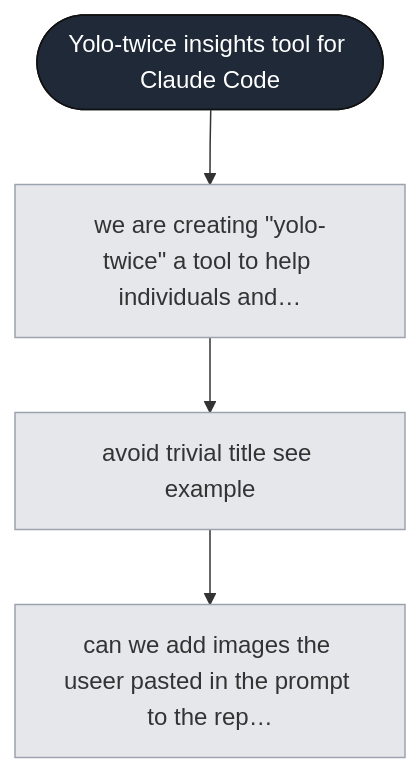
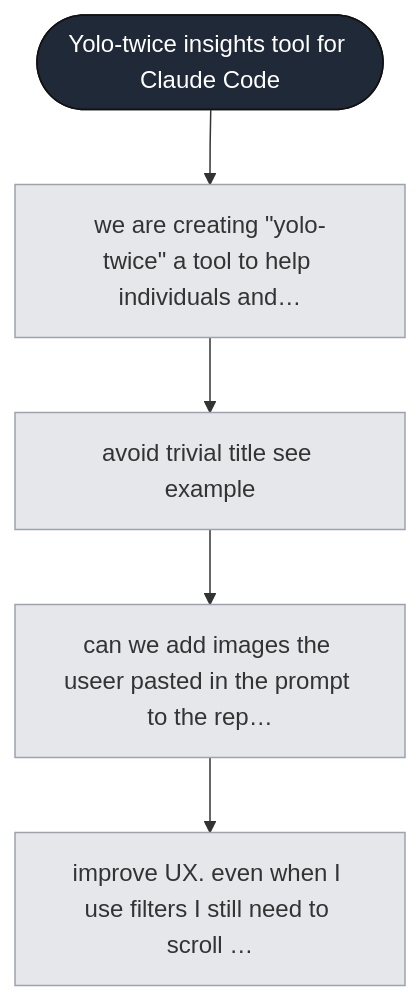
The diagram in .yolo-twice/sessions/34b27ceb-5af1-4142-8334-ab80a4310636/graph.L1.mmd (bar9/yolo-twice), drawn with Mermaid before and after one commit. The commit also changed 13 other files, not shown here.

```diff
--- a/.yolo-twice/sessions/34b27ceb-5af1-4142-8334-ab80a4310636/graph.L1.mmd
+++ b/.yolo-twice/sessions/34b27ceb-5af1-4142-8334-ab80a4310636/graph.L1.mmd
@@ -1,21 +1,24 @@
 flowchart TD
   s_34b27ceb_5af1_4142_8334_ab80a4310636(["Yolo-twice insights tool for Claude Code"])
   p1["we are creating #quot;yolo-twice#quot; a tool to help individuals and…"]
   p2["avoid trivial title see example"]
   p3["can we add images the useer pasted in the prompt to the rep…"]
+  p4["improve UX. even when I use filters I still need to scroll …"]
   s_34b27ceb_5af1_4142_8334_ab80a4310636 --> p1
   p1 --> p2
   p2 --> p3
+  p3 --> p4
   classDef session fill:#1f2937,color:#fff,stroke:#111;
   classDef phase fill:#e5e7eb,stroke:#9ca3af;
   classDef turn fill:#dbeafe,stroke:#60a5fa;
   classDef branch fill:#fde68a,stroke:#d97706;
   classDef subagent fill:#ede9fe,stroke:#8b5cf6;
   classDef tool fill:#dcfce7,stroke:#22c55e;
   classDef error fill:#fee2e2,stroke:#ef4444;
   classDef text fill:#f3f4f6,stroke:#9ca3af;
   classDef thinking fill:#f3f4f6,stroke:#d1d5db,stroke-dasharray: 3 3;
   class s_34b27ceb_5af1_4142_8334_ab80a4310636 session;
   class p1 phase;
   class p2 phase;
   class p3 phase;
+  class p4 phase;
```
